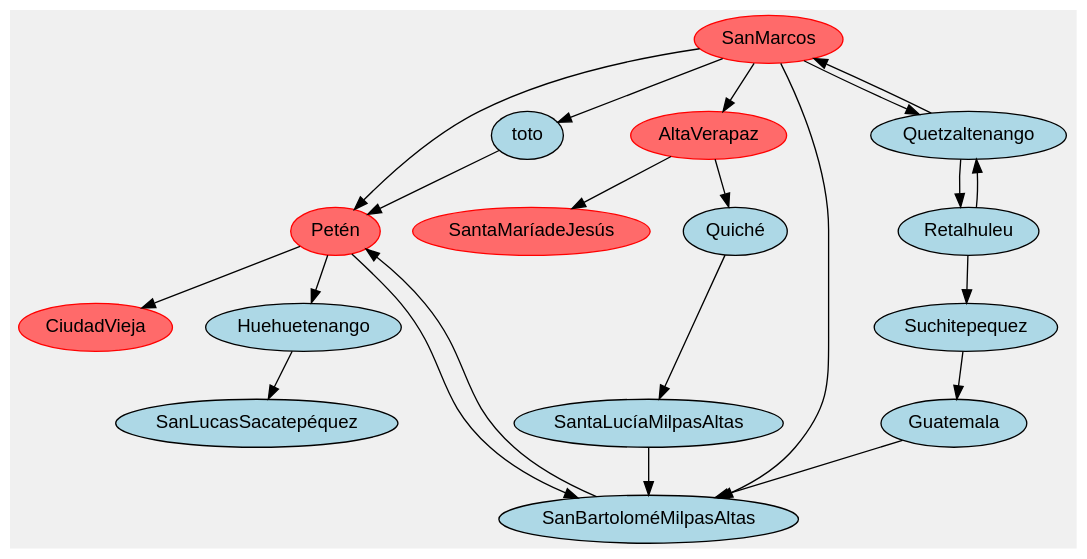
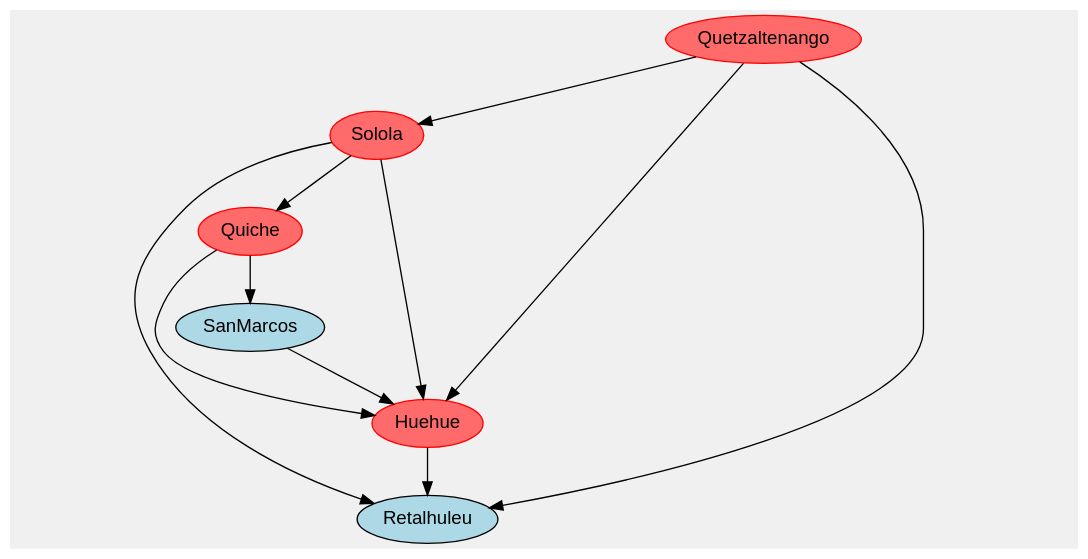
Before and after one commit to Gerardo-Mantanico/TravelMap_GT: the diagram in src/main/resources/img/mapaInicial.dot, drawn with Graphviz. The commit also changed 21 other files, not shown here.

```diff
--- a/src/main/resources/img/mapaInicial.dot
+++ b/src/main/resources/img/mapaInicial.dot
@@ -1,23 +1,14 @@
 digraph G { 
  fontname="Helvetica,Arial,sans-serif"
     bgcolor="#f0f0f0";
     node [fontname="Helvetica,Arial,sans-serif"];
     edge [fontname="Helvetica,Arial,sans-serif"];
     graph [ratio=0.5];
-node [shape = oval, color=red style=filled, fillcolor=indianred1];CiudadVieja Petén SanMarcos AltaVerapaz SantaMaríadeJesús ; 
- node [shape = oval color=black style=filled fillcolor=lightblue]AltaVerapaz ->  {SantaMaríadeJesús  Quiché  } 
- SantaMaríadeJesús ->  {} 
- Petén ->  {CiudadVieja  Huehuetenango  SanBartoloméMilpasAltas  } 
- CiudadVieja ->  {} 
- Quetzaltenango ->  {Retalhuleu  SanMarcos  } 
- Retalhuleu ->  {Quetzaltenango  Suchitepequez  } 
- SanMarcos ->  {Quetzaltenango  SanBartoloméMilpasAltas  AltaVerapaz  Petén  toto  } 
- Suchitepequez ->  {Guatemala  } 
- Guatemala ->  {SanBartoloméMilpasAltas  } 
- SanBartoloméMilpasAltas ->  {Petén  } 
- Huehuetenango ->  {SanLucasSacatepéquez  } 
- SanLucasSacatepéquez ->  {} 
- Quiché ->  {SantaLucíaMilpasAltas  } 
- SantaLucíaMilpasAltas ->  {SanBartoloméMilpasAltas  } 
- toto ->  {Petén  } 
+node [shape = oval, color=red style=filled, fillcolor=indianred1];Quetzaltenango Solola Quiche Huehue ; 
+ node [shape = oval color=black style=filled fillcolor=lightblue]Quetzaltenango ->  {Retalhuleu  Solola  Huehue  } 
+ Retalhuleu ->  {} 
+ Solola ->  {Huehue  Quiche  Retalhuleu  } 
+ Huehue ->  {Retalhuleu  } 
+ Quiche ->  {SanMarcos  Huehue  } 
+ SanMarcos ->  {Huehue  } 
  }
```
